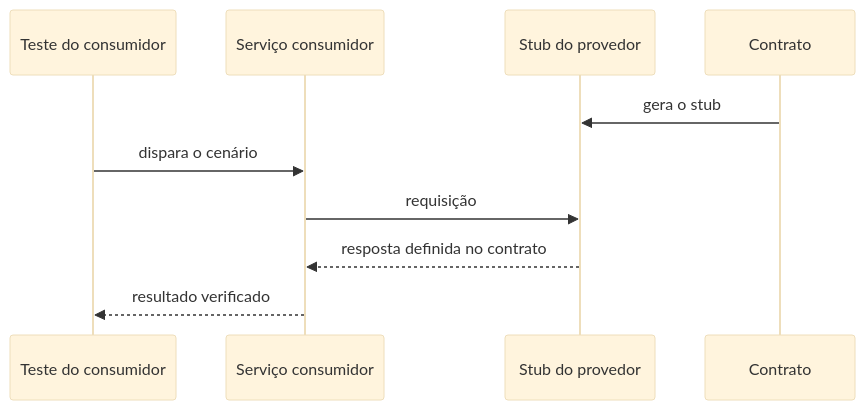
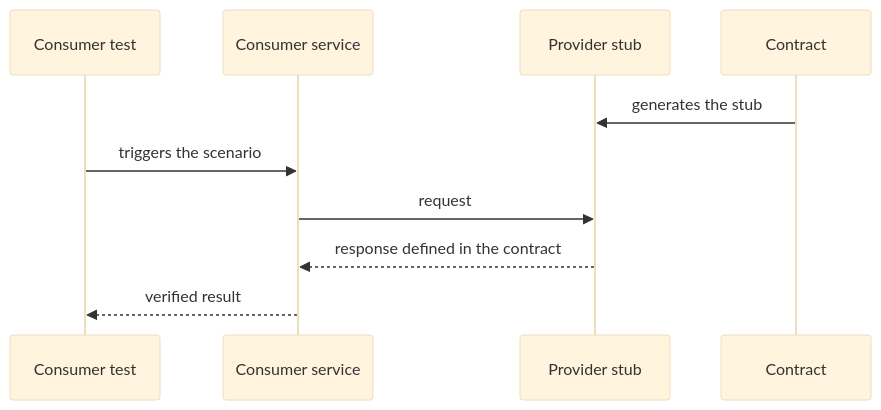
Before and after one commit to alancesar/design-patterns: the diagram in docs/architecture/microservices/testing/consumer-side-contract-test.md, drawn with Mermaid (base theme). The commit also changed 258 other files, not shown here.

First line of the commit message:
Translate Mermaid diagrams to English

````diff
--- a/docs/architecture/microservices/testing/consumer-side-contract-test.md
+++ b/docs/architecture/microservices/testing/consumer-side-contract-test.md
@@ -50,12 +50,12 @@
 ```mermaid
 sequenceDiagram
-    participant T as Teste do consumidor
-    participant C as Serviço consumidor
-    participant S as Stub do provedor
-    participant K as Contrato
-    K->>S: gera o stub
-    T->>C: dispara o cenário
-    C->>S: requisição
-    S-->>C: resposta definida no contrato
-    C-->>T: resultado verificado
+    participant T as Consumer test
+    participant C as Consumer service
+    participant S as Provider stub
+    participant K as Contract
+    K->>S: generates the stub
+    T->>C: triggers the scenario
+    C->>S: request
+    S-->>C: response defined in the contract
+    C-->>T: verified result
 ```
````
